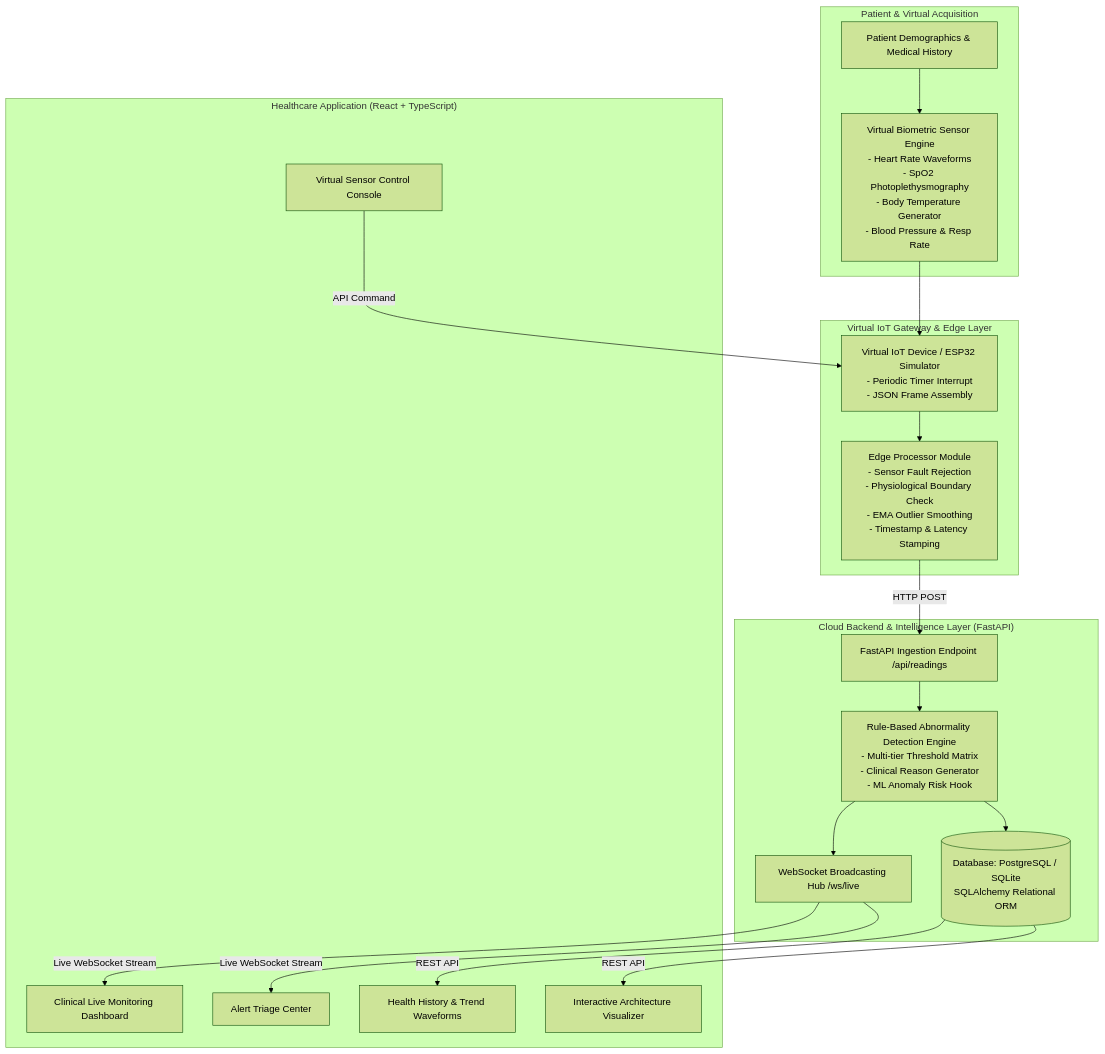
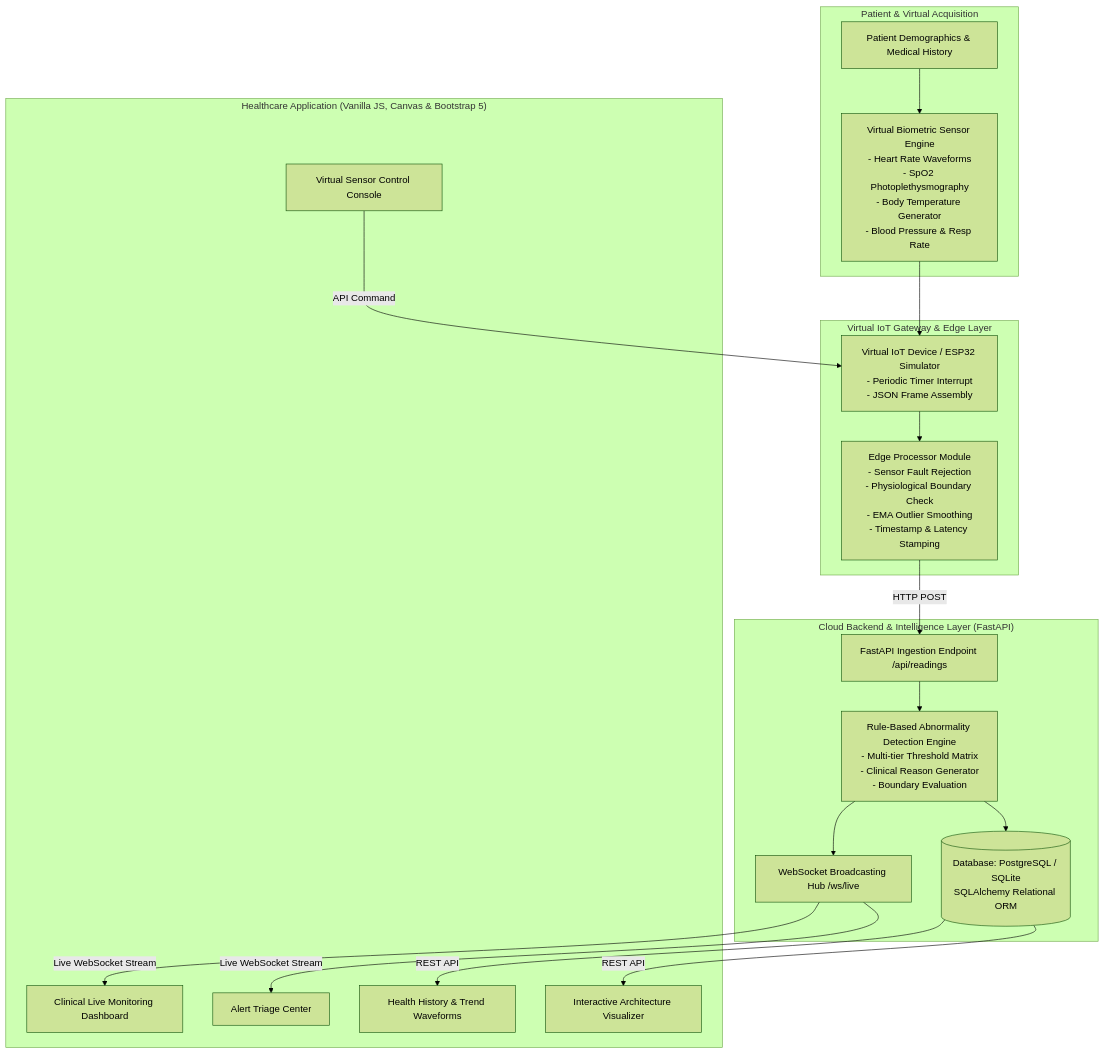
Before and after one commit to mvishnunaidu/IOT_Healthcare: the diagram in docs/architecture.md, drawn with Mermaid (forest theme). The commit also changed other lines of this file and 15 other files, not shown here.

````diff
--- a/docs/architecture.md
+++ b/docs/architecture.md
@@ -5,41 +5,41 @@
 ```mermaid
 graph TD
     subgraph Patient_Domain ["Patient & Virtual Acquisition"]
         P[Patient Demographics & Medical History]
         VS[Virtual Biometric Sensor Engine\n- Heart Rate Waveforms\n- SpO2 Photoplethysmography\n- Body Temperature Generator\n- Blood Pressure & Resp Rate]
         P --> VS
     end
 
     subgraph IoT_Edge_Domain ["Virtual IoT Gateway & Edge Layer"]
         VID[Virtual IoT Device / ESP32 Simulator\n- Periodic Timer Interrupt\n- JSON Frame Assembly]
         EP[Edge Processor Module\n- Sensor Fault Rejection\n- Physiological Boundary Check\n- EMA Outlier Smoothing\n- Timestamp & Latency Stamping]
         VS --> VID
         VID --> EP
     end
 
     subgraph Cloud_Backend_Domain ["Cloud Backend & Intelligence Layer (FastAPI)"]
         API[FastAPI Ingestion Endpoint /api/readings]
-        ADE[Rule-Based Abnormality Detection Engine\n- Multi-tier Threshold Matrix\n- Clinical Reason Generator\n- ML Anomaly Risk Hook]
+        ADE[Rule-Based Abnormality Detection Engine\n- Multi-tier Threshold Matrix\n- Clinical Reason Generator\n- Boundary Evaluation]
         DB[(Database: PostgreSQL / SQLite\nSQLAlchemy Relational ORM)]
         WSH[WebSocket Broadcasting Hub /ws/live]
         
         EP -->|HTTP POST| API
         API --> ADE
         ADE --> DB
         ADE --> WSH
     end
 
-    subgraph Presentation_Domain ["Healthcare Application (React + TypeScript)"]
+    subgraph Presentation_Domain ["Healthcare Application (Vanilla JS, Canvas & Bootstrap 5)"]
         DASH[Clinical Live Monitoring Dashboard]
         ALERT[Alert Triage Center]
         HIST[Health History & Trend Waveforms]
         ARCH[Interactive Architecture Visualizer]
         SIM[Virtual Sensor Control Console]
 
         WSH -->|Live WebSocket Stream| DASH
         WSH -->|Live WebSocket Stream| ALERT
         DB -->|REST API| HIST
         DB -->|REST API| ARCH
         SIM -->|API Command| VID
     end
 ```
````
